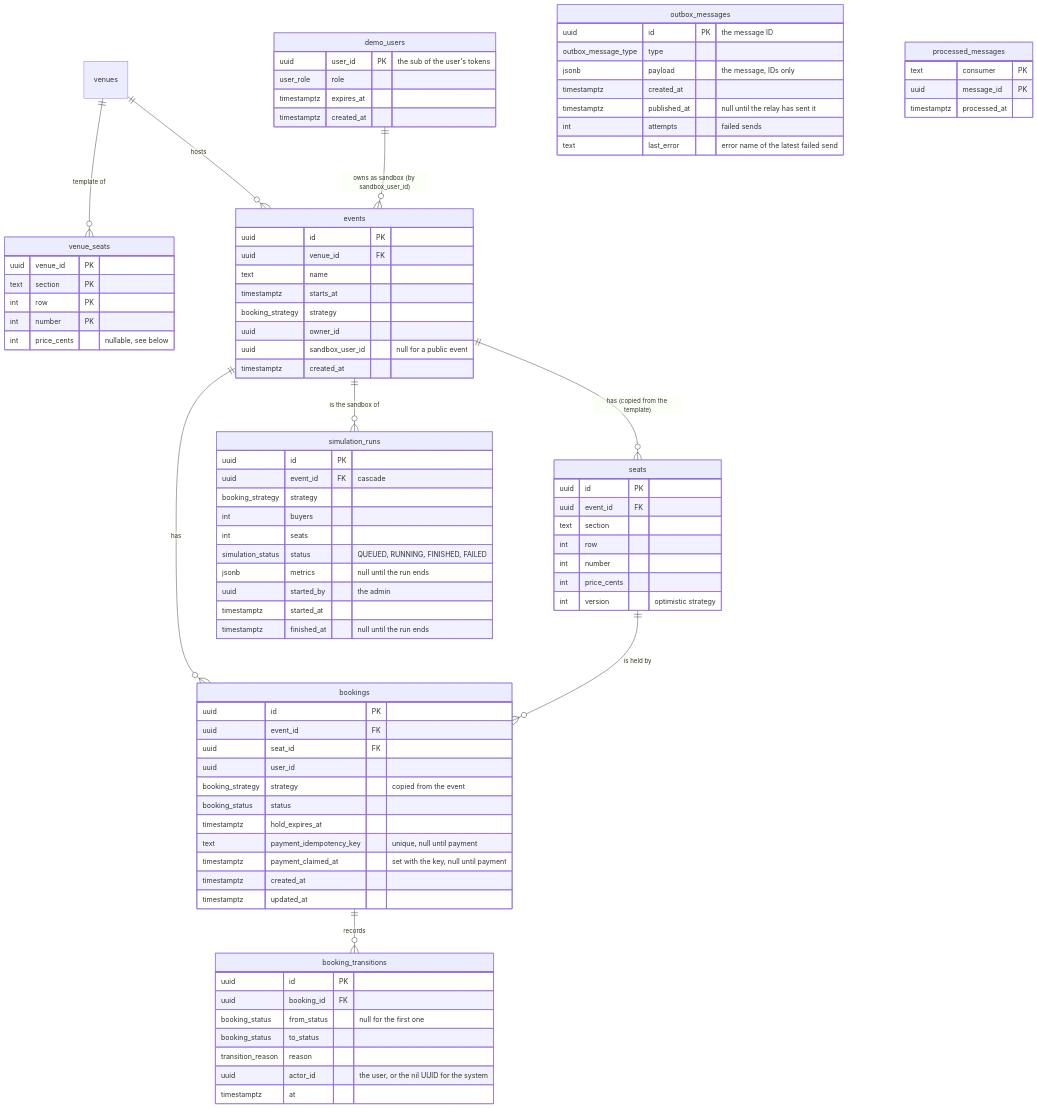
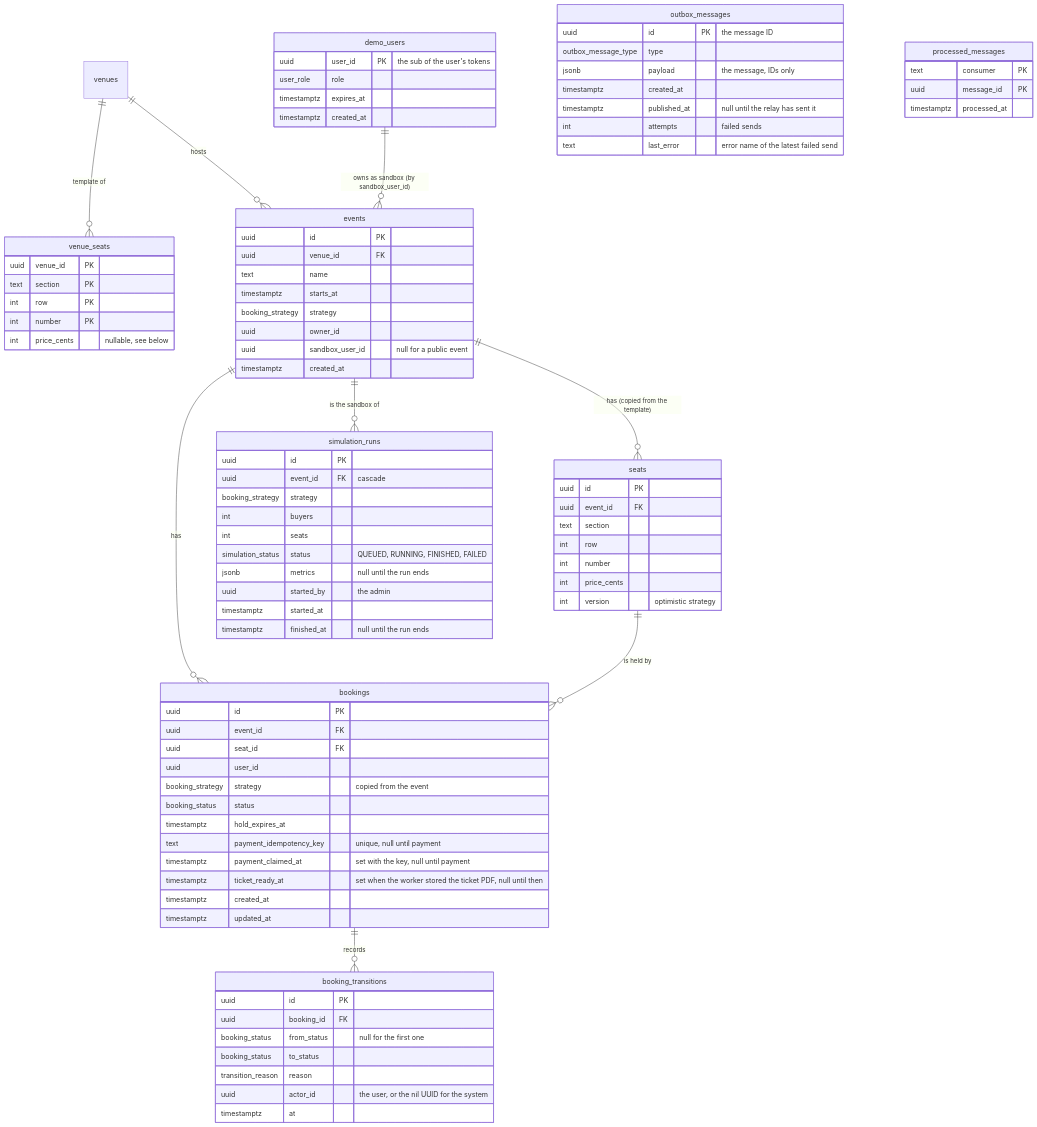
Before and after one commit to oguzbits/ticketmaster: the first of 2 diagrams in docs/data-model.md, drawn with Mermaid. The commit also changed 11 other files, not shown here.

First line of the commit message:
feat(bookings): ticketReady flag [braucht Live-Migration]

```diff
--- a/docs/data-model.md
+++ b/docs/data-model.md
@@ -54,6 +54,7 @@
         timestamptz hold_expires_at
         text payment_idempotency_key "unique, null until payment"
         timestamptz payment_claimed_at "set with the key, null until payment"
+        timestamptz ticket_ready_at "set when the worker stored the ticket PDF, null until then"
         timestamptz created_at
         timestamptz updated_at
     }
```
